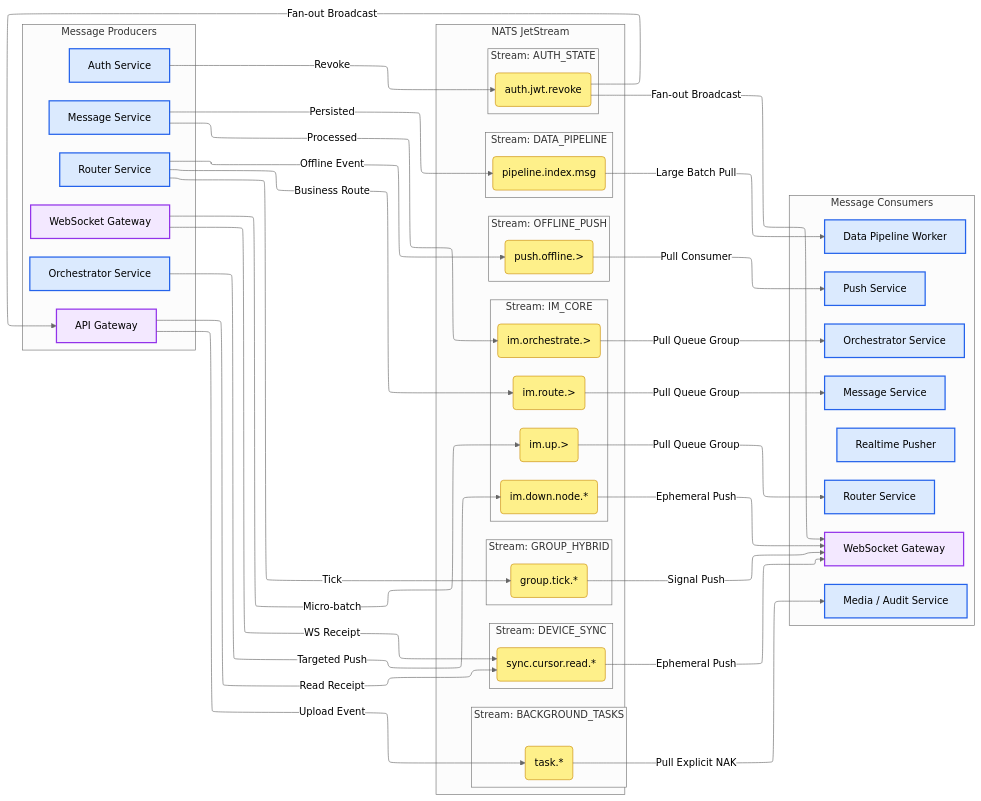
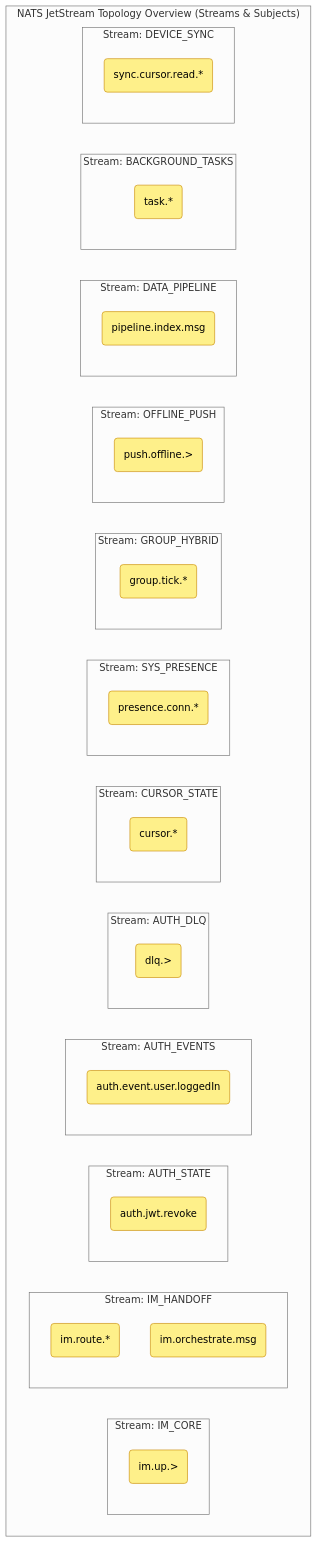
Before and after one commit to JamesWilson19970101/ocean.chat.docs: the first of 14 diagrams in docs/devdocs/jetstream-strategy.md, drawn with Mermaid (neutral theme). The commit also changed other lines of this file and 13 other files, not shown here.

First line of the commit message:
docs: add group message flow and cursor state architecture

````diff
--- a/docs/devdocs/jetstream-strategy.md
+++ b/docs/devdocs/jetstream-strategy.md
@@ -34,93 +34,45 @@
 ```mermaid
----
-config:
-  layout: elk
----
-flowchart LR
-    classDef gateway fill:#f3e8ff,stroke:#9333ea,stroke-width:2px,color:#000;
-    classDef service fill:#dbeafe,stroke:#2563eb,stroke-width:2px,color:#000;
+flowchart TB
     classDef stream fill:#dcfce7,stroke:#16a34a,stroke-width:2px,color:#000;
     classDef subject fill:#fef08a,stroke:#ca8a04,stroke-width:1px,color:#000;
 
-    %% Producers
-    subgraph Producers [Message Producers]
-        WSG_P[WebSocket Gateway]:::gateway
-        RS_P[Router Service]:::service
-        MS_P[Message Service]:::service
-        ORCH_P[Orchestrator Service]:::service
-        AS_P[Auth Service]:::service
-        API_P[API Gateway]:::gateway
-    end
-
-    %% JetStream Topology
-    subgraph JetStream [NATS JetStream]
-        subgraph S_CORE [Stream: IM_CORE]
-            UP(im.up.>):::subject
-            ROUTE(im.route.>):::subject
-            ORCH(im.orchestrate.>):::subject
-            DOWN(im.down.node.*):::subject
+    subgraph JetStream ["NATS JetStream Topology Overview (Streams & Subjects)"]
+        subgraph S_CORE ["Stream: IM_CORE"]
+            UP("im.up.>"):::subject
         end
-
-        subgraph S_HYBRID [Stream: GROUP_HYBRID]
-            TICK(group.tick.*):::subject
+        subgraph S_HANDOFF ["Stream: IM_HANDOFF"]
+            ROUTE("im.route.*"):::subject
+            ORCH("im.orchestrate.msg"):::subject
         end
-
-        subgraph S_PUSH [Stream: OFFLINE_PUSH]
-            PUSH(push.offline.>):::subject
+        subgraph S_AUTH ["Stream: AUTH_STATE"]
+            REVOKE("auth.jwt.revoke"):::subject
         end
-
-        subgraph S_AUTH [Stream: AUTH_STATE]
-            REVOKE(auth.jwt.revoke):::subject
+        subgraph S_AUTH_EVENTS ["Stream: AUTH_EVENTS"]
+            LOGGEDIN("auth.event.user.loggedIn"):::subject
         end
-
-        subgraph S_PIPE [Stream: DATA_PIPELINE]
-            INDEX(pipeline.index.msg):::subject
+        subgraph S_AUTH_DLQ ["Stream: AUTH_DLQ"]
+            DLQ("dlq.>"):::subject
         end
-
-        subgraph S_TASK [Stream: BACKGROUND_TASKS]
-            TASK(task.*):::subject
+        subgraph S_CURSOR ["Stream: CURSOR_STATE"]
+            CURSOR("cursor.*"):::subject
         end
-
-        subgraph S_SYNC [Stream: DEVICE_SYNC]
-            SYNC(sync.cursor.read.*):::subject
+        subgraph S_SYS ["Stream: SYS_PRESENCE"]
+            CONN("presence.conn.*"):::subject
+        end
+        subgraph S_HYBRID ["Stream: GROUP_HYBRID"]
+            TICK("group.tick.*"):::subject
+        end
+        subgraph S_PUSH ["Stream: OFFLINE_PUSH"]
+            PUSH("push.offline.>"):::subject
+        end
+        subgraph S_PIPE ["Stream: DATA_PIPELINE"]
+            INDEX("pipeline.index.msg"):::subject
+        end
+        subgraph S_TASK ["Stream: BACKGROUND_TASKS"]
+            TASK("task.*"):::subject
+        end
+        subgraph S_SYNC ["Stream: DEVICE_SYNC"]
+            SYNC("sync.cursor.read.*"):::subject
         end
     end
-
-    %% Consumers
-    subgraph Consumers [Message Consumers]
-        RS_C[Router Service]:::service
-        MS_C[Message Service]:::service
-        ORCH_C[Orchestrator Service]:::service
-        REAL_C[Realtime Pusher]:::service
-        WSG_C[WebSocket Gateway]:::gateway
-        PUSH_C[Push Service]:::service
-        DP_C[Data Pipeline Worker]:::service
-        MEDIA_C[Media / Audit Service]:::service
-    end
-
-    %% Production Flows
-    WSG_P -- Micro-batch --> UP
-    RS_P -- Business Route --> ROUTE
-    MS_P -- Processed --> ORCH
-    ORCH_P -- Targeted Push --> DOWN
-    RS_P -- Tick --> TICK
-    RS_P -- Offline Event --> PUSH
-    AS_P -- Revoke --> REVOKE
-    MS_P -- Persisted --> INDEX
-    API_P -- Upload Event --> TASK
-    API_P -- Read Receipt --> SYNC
-    WSG_P -- WS Receipt --> SYNC
-
-    %% Consumption Flows
-    UP -- Pull Queue Group --> RS_C
-    ROUTE -- Pull Queue Group --> MS_C
-    ORCH -- Pull Queue Group --> ORCH_C
-    DOWN -- Ephemeral Push --> WSG_C
-    REVOKE -- Fan-out Broadcast --> WSG_C
-    REVOKE -- Fan-out Broadcast --> API_P
-    TICK -- Signal Push --> WSG_C
-    PUSH -- Pull Consumer --> PUSH_C
-    INDEX -- Large Batch Pull --> DP_C
-    TASK -- Pull Explicit NAK --> MEDIA_C
-    SYNC -- Ephemeral Push --> WSG_C
 ```
````
